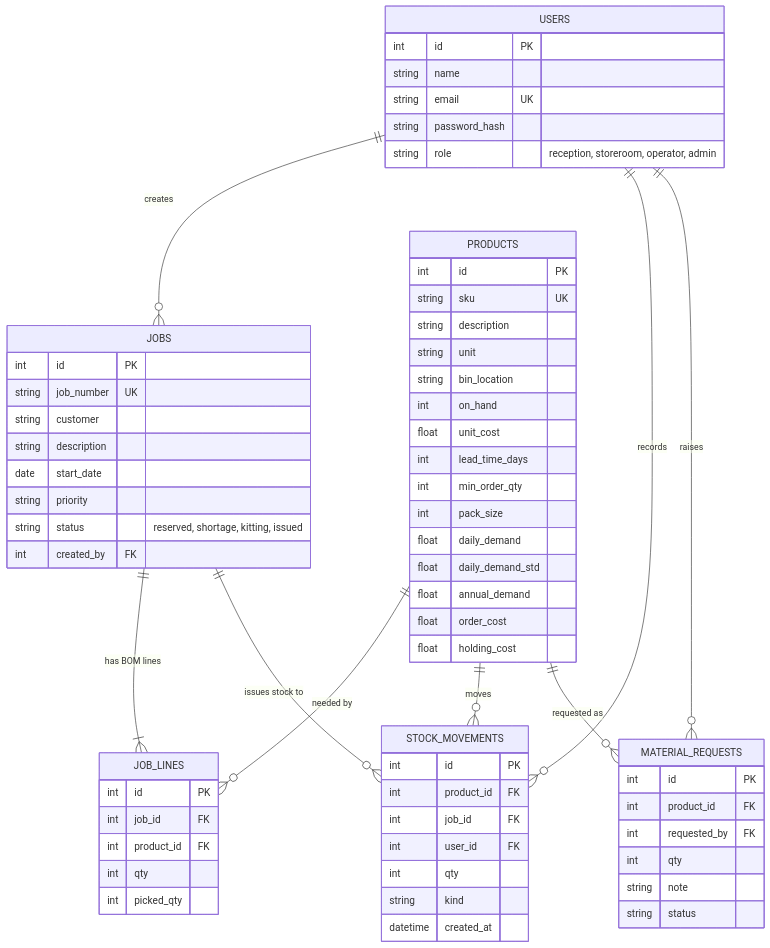
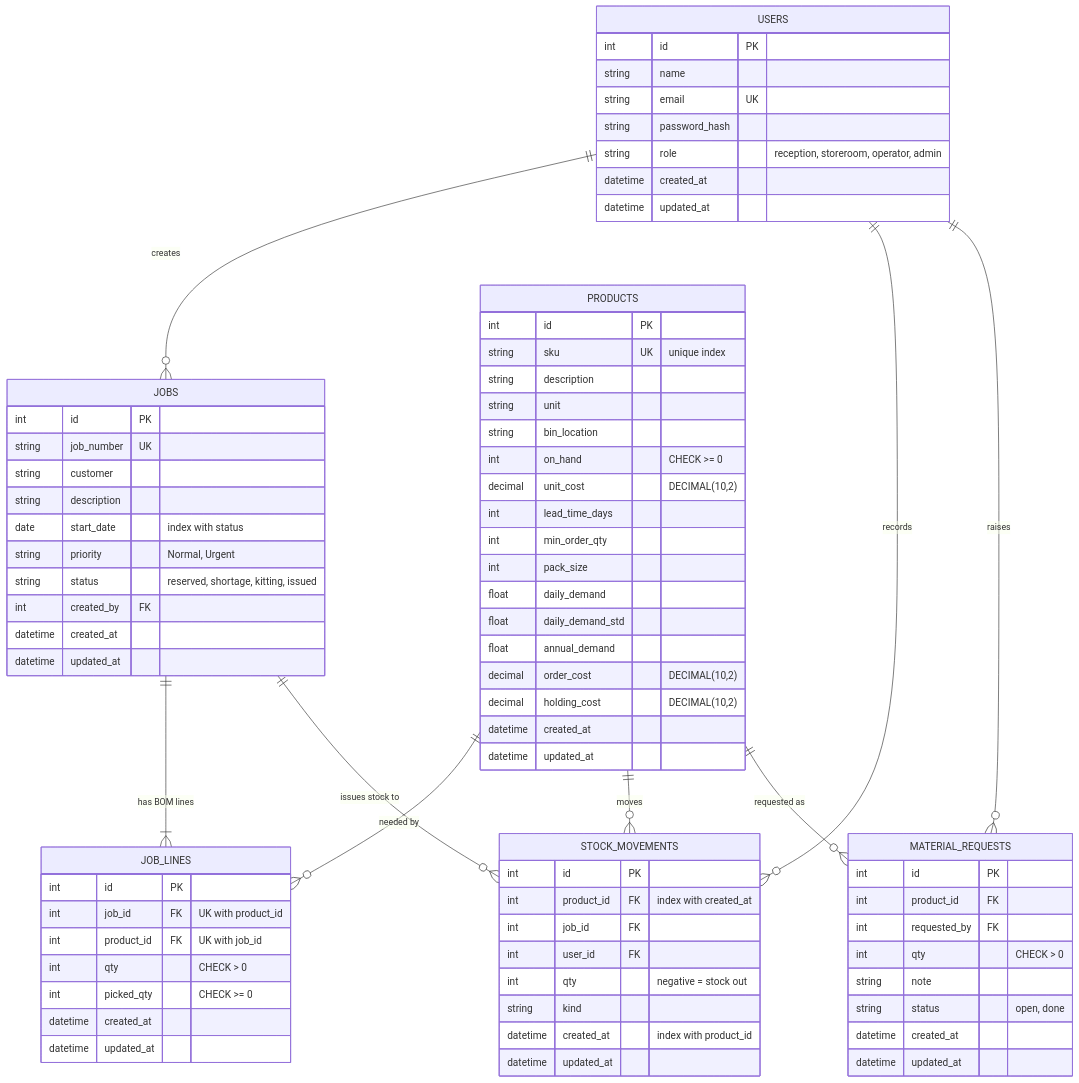
Before and after one commit to u23621452/BFB321_Group19: the diagram in docs/er_diagram.mmd, drawn with Mermaid. The commit also changed 7 other files, not shown here.

Commit message:
Tidy schema: DECIMAL money columns, extra CHECKs, env demo password, updated ER diagram

```diff
--- a/docs/er_diagram.mmd
+++ b/docs/er_diagram.mmd
@@ -1,68 +1,79 @@
 erDiagram
     USERS ||--o{ JOBS : "creates"
     USERS ||--o{ STOCK_MOVEMENTS : "records"
     USERS ||--o{ MATERIAL_REQUESTS : "raises"
     JOBS ||--|{ JOB_LINES : "has BOM lines"
     JOBS ||--o{ STOCK_MOVEMENTS : "issues stock to"
     PRODUCTS ||--o{ JOB_LINES : "needed by"
     PRODUCTS ||--o{ STOCK_MOVEMENTS : "moves"
     PRODUCTS ||--o{ MATERIAL_REQUESTS : "requested as"
 
     USERS {
         int id PK
         string name
         string email UK
         string password_hash
         string role "reception, storeroom, operator, admin"
+        datetime created_at
+        datetime updated_at
     }
     PRODUCTS {
         int id PK
-        string sku UK
+        string sku UK "unique index"
         string description
         string unit
         string bin_location
-        int on_hand
-        float unit_cost
+        int on_hand "CHECK >= 0"
+        decimal unit_cost "DECIMAL(10,2)"
         int lead_time_days
         int min_order_qty
         int pack_size
         float daily_demand
         float daily_demand_std
         float annual_demand
-        float order_cost
-        float holding_cost
+        decimal order_cost "DECIMAL(10,2)"
+        decimal holding_cost "DECIMAL(10,2)"
+        datetime created_at
+        datetime updated_at
     }
     JOBS {
         int id PK
         string job_number UK
         string customer
         string description
-        date start_date
-        string priority
+        date start_date "index with status"
+        string priority "Normal, Urgent"
         string status "reserved, shortage, kitting, issued"
         int created_by FK
+        datetime created_at
+        datetime updated_at
     }
     JOB_LINES {
         int id PK
-        int job_id FK
-        int product_id FK
-        int qty
-        int picked_qty
+        int job_id FK "UK with product_id"
+        int product_id FK "UK with job_id"
+        int qty "CHECK > 0"
+        int picked_qty "CHECK >= 0"
+        datetime created_at
+        datetime updated_at
     }
     STOCK_MOVEMENTS {
         int id PK
-        int product_id FK
+        int product_id FK "index with created_at"
         int job_id FK
         int user_id FK
-        int qty
+        int qty "negative = stock out"
         string kind
-        datetime created_at
+        datetime created_at "index with product_id"
+        datetime updated_at
     }
     MATERIAL_REQUESTS {
         int id PK
         int product_id FK
         int requested_by FK
-        int qty
+        int qty "CHECK > 0"
         string note
-        string status
+        string status "open, done"
+        datetime created_at
+        datetime updated_at
     }
```
